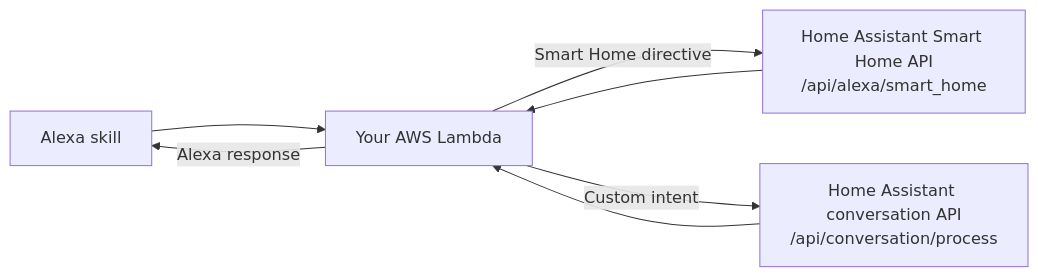
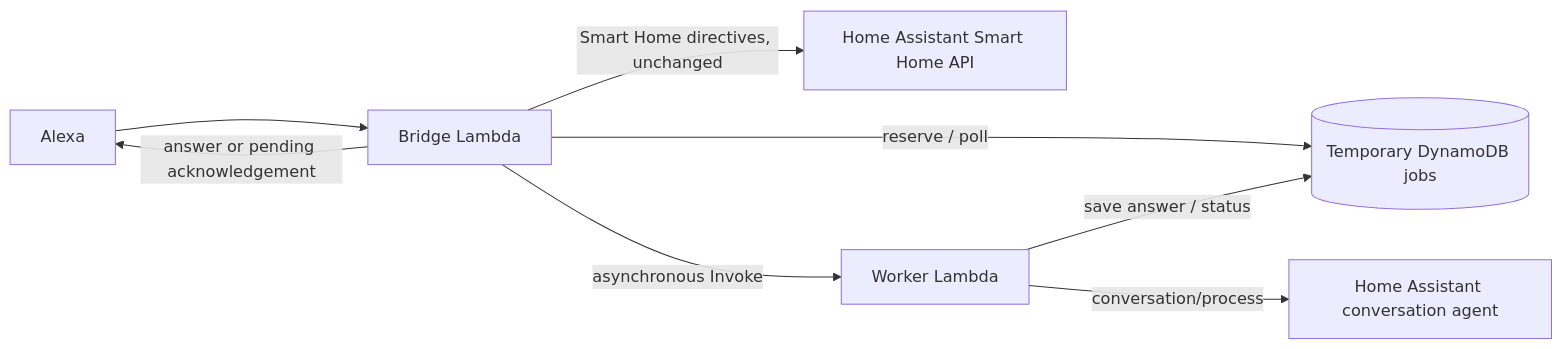
Before and after one commit to andreacasarin/Halexia: the diagram in README.md, drawn with Mermaid. The commit also changed other lines of this file and 12 other files, not shown here.

````diff
--- a/README.md
+++ b/README.md
@@ -18,9 +9,10 @@
 ```mermaid
 flowchart LR
-    A[Alexa skill] --> L[Your AWS Lambda]
-    L -->|Smart Home directive| S["Home Assistant Smart Home API<br/>/api/alexa/smart_home"]
-    S --> L
-    L -->|Custom intent| C["Home Assistant conversation API<br/>/api/conversation/process"]
-    C --> L
-    L -->|Alexa response| A
+    A[Alexa] --> B[Bridge Lambda]
+    B -->|Smart Home directives, unchanged| H[Home Assistant Smart Home API]
+    B -->|reserve / poll| D[(Temporary DynamoDB jobs)]
+    B -->|asynchronous Invoke| W[Worker Lambda]
+    W -->|conversation/process| C[Home Assistant conversation agent]
+    W -->|save answer / status| D
+    B -->|answer or pending acknowledgement| A
 ```
````
